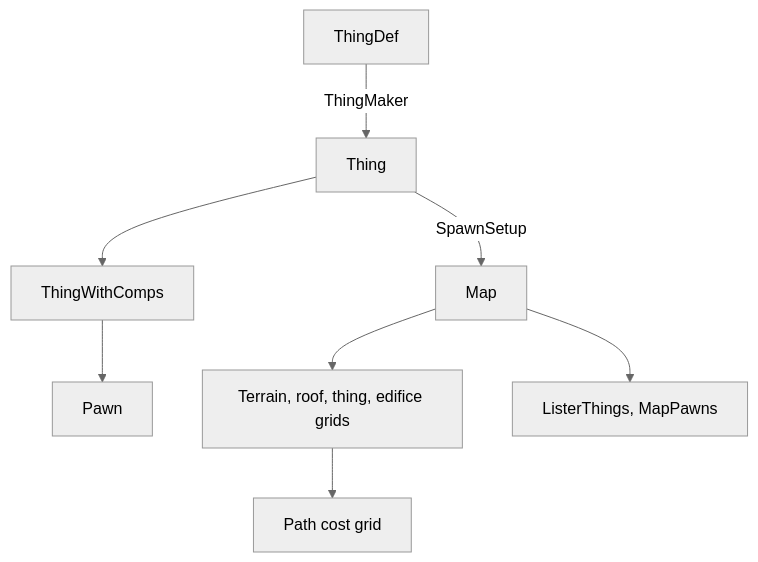
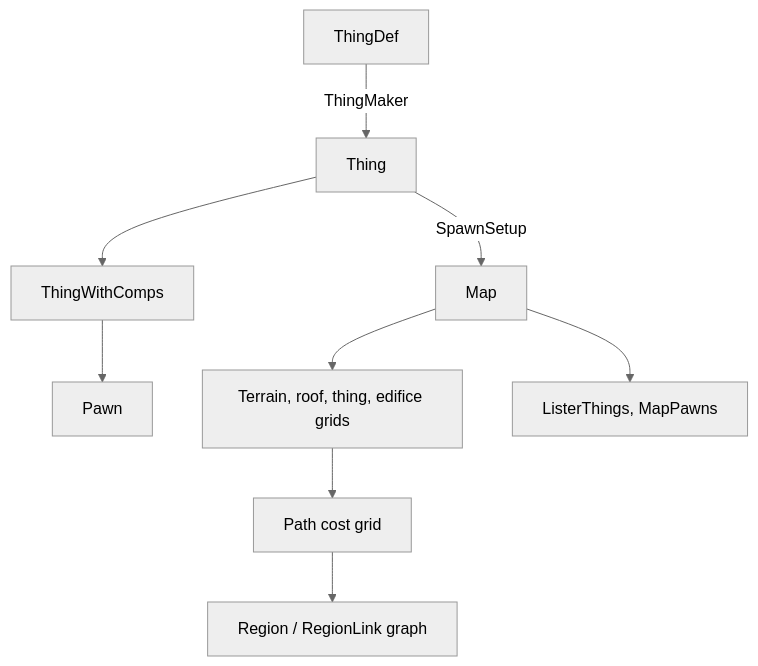
Before and after one commit to m2windham/simWorld: the sixth of 13 diagrams in docs/spec/simworld-spec.md, drawn with Mermaid (neutral theme). The commit also changed other lines of this file and 20 other files, not shown here.

First line of the commit message:
God layer fed by real settlements, and reachability on a region graph (#33)

````diff
--- a/docs/spec/simworld-spec.md
+++ b/docs/spec/simworld-spec.md
@@ -260,10 +268,11 @@
 ```mermaid
 flowchart TD
   Def[ThingDef] -->|ThingMaker| Thing
   Thing --> WithComps[ThingWithComps]
   WithComps --> Pawn
   Thing -->|SpawnSetup| Map
   Map --> Grids[Terrain, roof, thing, edifice grids]
   Grids --> Path[Path cost grid]
+  Path --> Regions[Region / RegionLink graph]
   Map --> Listers[ListerThings, MapPawns]
 ```
````
